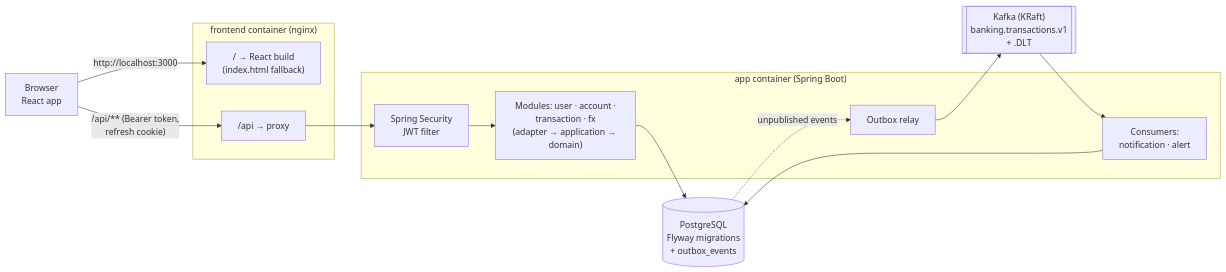
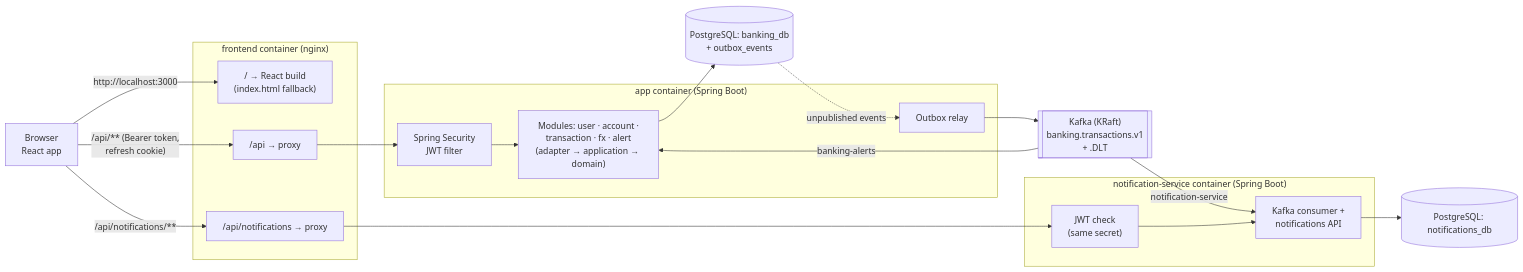
Before and after one commit to HauShen/Banking-app: the first of 2 diagrams in README.md, drawn with Mermaid. The commit also changed other lines of this file and 45 other files, not shown here.

````diff
--- a/README.md
+++ b/README.md
@@ -51,22 +51,30 @@
 ```mermaid
 flowchart LR
     browser["Browser<br/>React app"]
     subgraph frontend["frontend container (nginx)"]
         spa["/ → React build<br/>(index.html fallback)"]
         proxy["/api → proxy"]
+        nproxy["/api/notifications → proxy"]
     end
     subgraph backend["app container (Spring Boot)"]
         sec["Spring Security<br/>JWT filter"]
-        modules["Modules: user · account ·<br/>transaction · fx<br/>(adapter → application → domain)"]
+        modules["Modules: user · account ·<br/>transaction · fx · alert<br/>(adapter → application → domain)"]
         relay["Outbox relay"]
-        consumers["Consumers:<br/>notification · alert"]
     end
-    db[("PostgreSQL<br/>Flyway migrations<br/>+ outbox_events")]
+    subgraph nsvc["notification-service container (Spring Boot)"]
+        nsec["JWT check<br/>(same secret)"]
+        notif["Kafka consumer +<br/>notifications API"]
+    end
+    db[("PostgreSQL: banking_db<br/>+ outbox_events")]
+    ndb[("PostgreSQL: notifications_db")]
     kafka[["Kafka (KRaft)<br/>banking.transactions.v1<br/>+ .DLT"]]
 
     browser -- "http://localhost:3000" --> spa
     browser -- "/api/** (Bearer token,<br/>refresh cookie)" --> proxy
+    browser -- "/api/notifications/**" --> nproxy
     proxy --> sec --> modules --> db
     db -. "unpublished events" .-> relay --> kafka
-    kafka --> consumers --> db
+    kafka -- "banking-alerts" --> modules
+    kafka -- "notification-service" --> notif
+    nproxy --> nsec --> notif --> ndb
 ```
````
